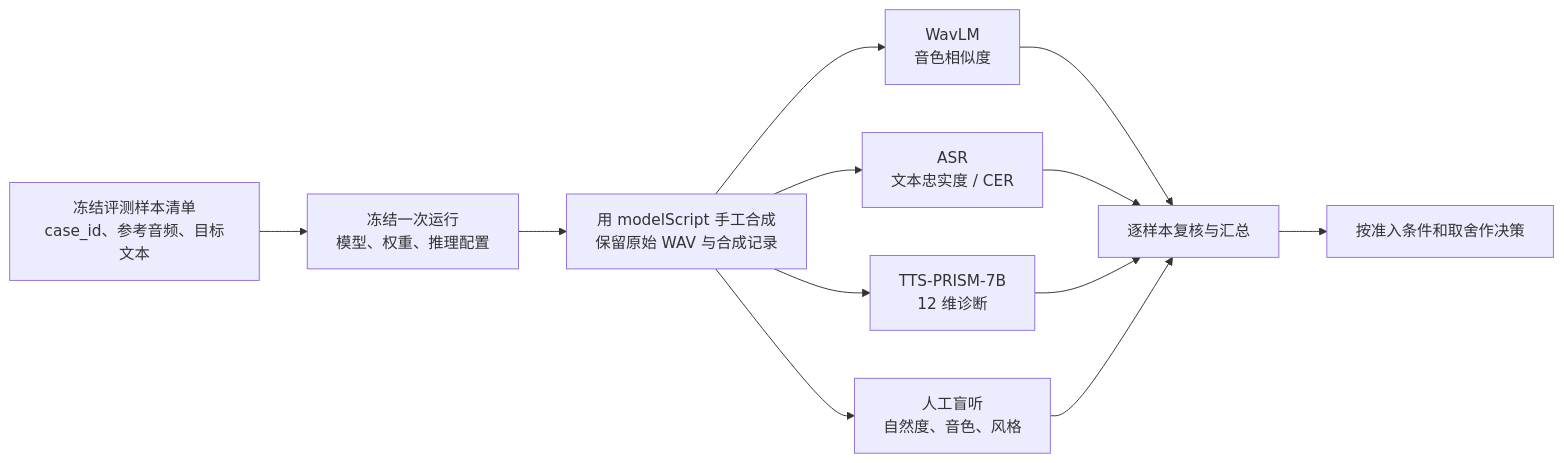
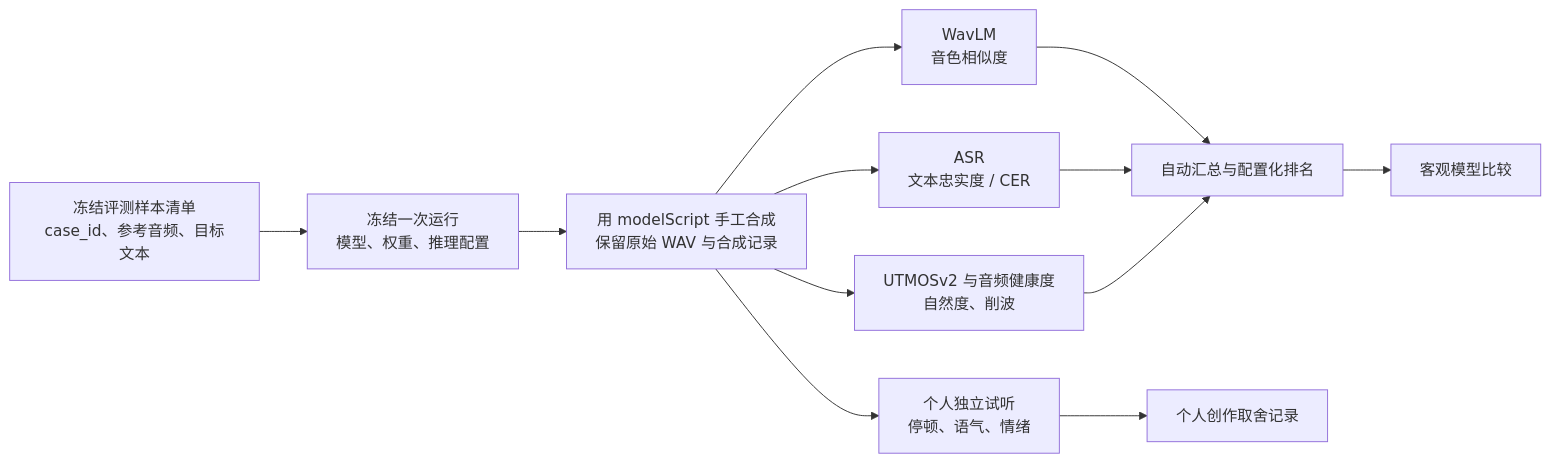
Before and after one commit to MuYi086/scoring-for-TTS: the diagram in 评估步骤指南.md, drawn with Mermaid. The commit also changed other lines of this file and 26 other files, not shown here.

````diff
--- a/评估步骤指南.md
+++ b/评估步骤指南.md
@@ -23,14 +29,14 @@
 ```mermaid
 flowchart LR
     A[冻结评测样本清单<br/>case_id、参考音频、目标文本] --> B[冻结一次运行<br/>模型、权重、推理配置]
     B --> C[用 modelScript 手工合成<br/>保留原始 WAV 与合成记录]
     C --> D[WavLM<br/>音色相似度]
     C --> E[ASR<br/>文本忠实度 / CER]
-    C --> F[TTS-PRISM-7B<br/>12 维诊断]
-    C --> G[人工盲听<br/>自然度、音色、风格]
-    D --> H[逐样本复核与汇总]
+    C --> F[UTMOSv2 与音频健康度<br/>自然度、削波]
+    D --> H[自动汇总与配置化排名]
     E --> H
     F --> H
-    G --> H
-    H --> I[按准入条件和取舍作决策]
+    C --> G[个人独立试听<br/>停顿、语气、情绪]
+    H --> I[客观模型比较]
+    G --> J[个人创作取舍记录]
 ```
````
